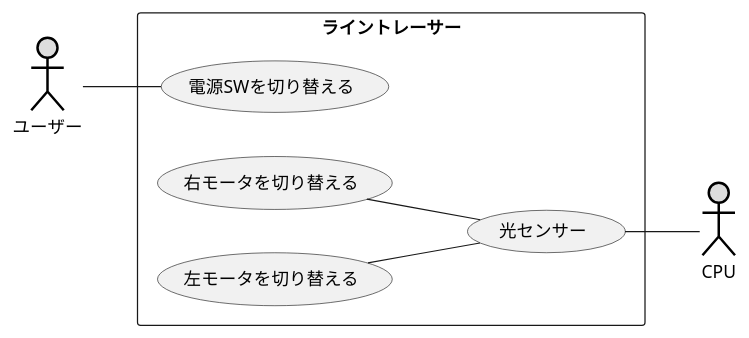
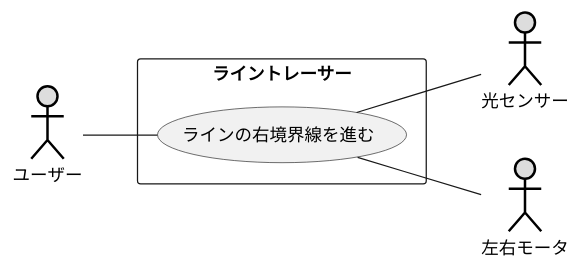
Before and after one commit to YumaSatou/uml-introduction: the diagram in 演習6-5-2_ユースケース図_ライントレーサー.pu, drawn with PlantUML.

Commit message:
演習6-5-2

```diff
--- a/演習6-5-2_ユースケース図_ライントレーサー.pu
+++ b/演習6-5-2_ユースケース図_ライントレーサー.pu
@@ -1,15 +1,13 @@
 @startuml ユースケース図
 left to right direction
 actor ユーザー#DDDDDD;line:black;line.bold;
-actor CPU#DDDDDD;line:black;line.bold;
+actor 光センサー#DDDDDD;line:black;line.bold;
+actor 左右モータ#DDDDDD;line:black;line.bold;
 rectangle ライントレーサー {
-    usecase 電源SWを切り替える
-    usecase 右モータを切り替える
-    usecase 左モータを切り替える
-    usecase 光センサー
+    usecase ラインの右境界線を進む
 }
-ユーザー -- 電源SWを切り替える
-右モータを切り替える -- 光センサー
-左モータを切り替える -- 光センサー
-光センサー -- CPU
+ユーザー -- ラインの右境界線を進む
+ラインの右境界線を進む -- 光センサー
+ラインの右境界線を進む -- 左右モータ
+
 @enduml
```
